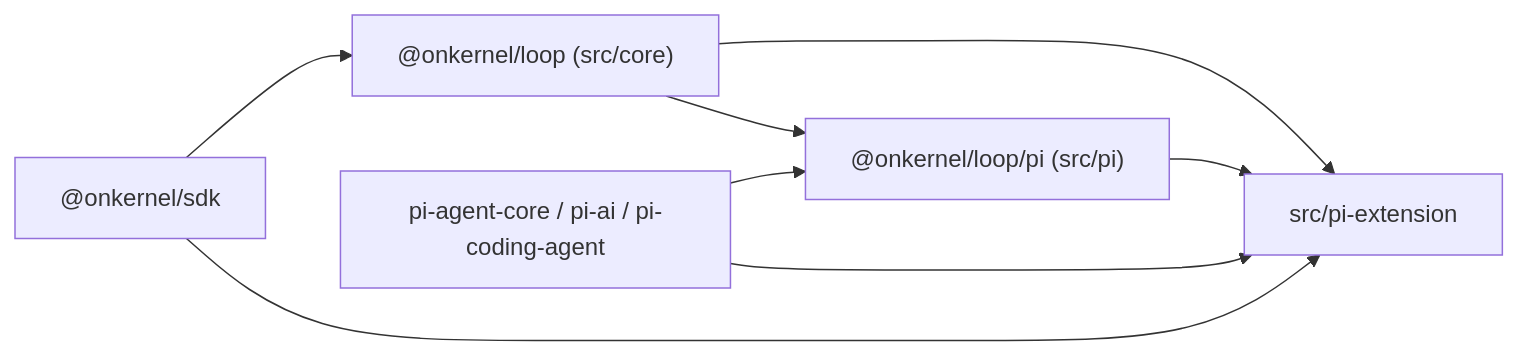
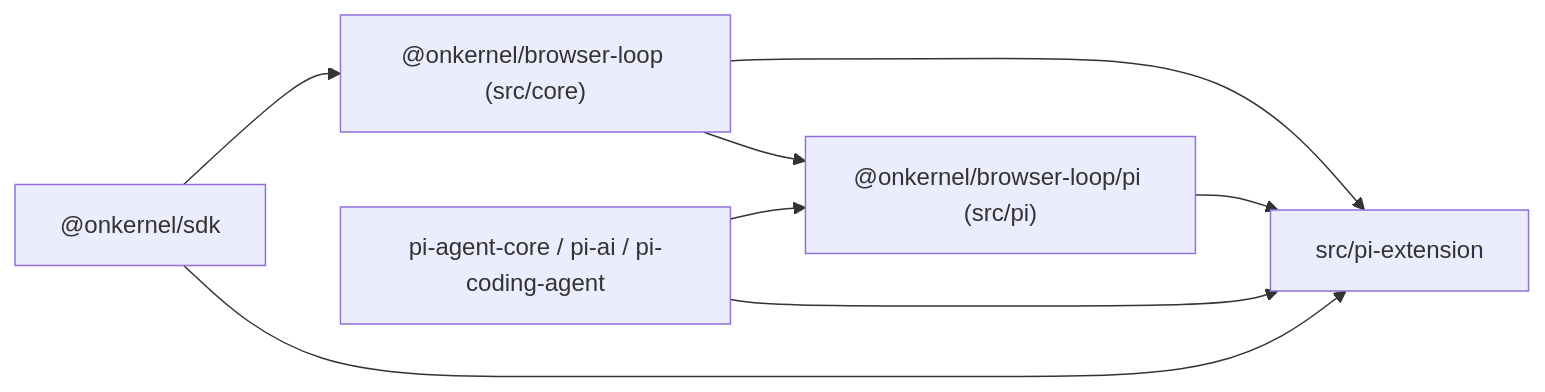
One commit to kernel/browser-loop changed the diagram in docs/architecture.md. Above: the diagram before and after it, drawn with Mermaid. The commit also changed other lines of this file and 108 other files, not shown here.

````diff
--- a/docs/architecture.md
+++ b/docs/architecture.md
@@ -59,15 +59,15 @@
 ```mermaid
 flowchart LR
-  core["@onkernel/loop (src/core)"]
-  pibind["@onkernel/loop/pi (src/pi)"]
+  core["@onkernel/browser-loop (src/core)"]
+  pibind["@onkernel/browser-loop/pi (src/pi)"]
   ext["src/pi-extension"]
   pi["pi-agent-core / pi-ai / pi-coding-agent"]
   sdk["@onkernel/sdk"]
   core --> pibind
   core --> ext
   pibind --> ext
   pi --> pibind
   pi --> ext
   sdk --> core
   sdk --> ext
 ```
````
